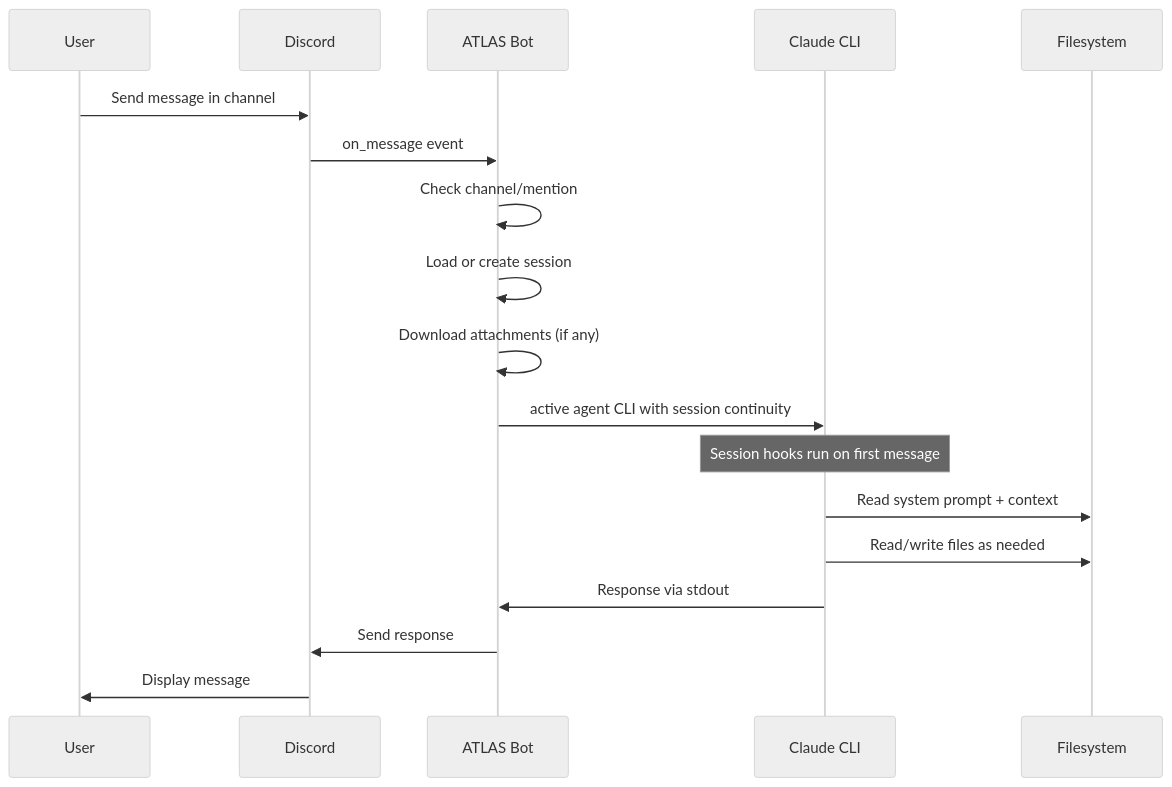
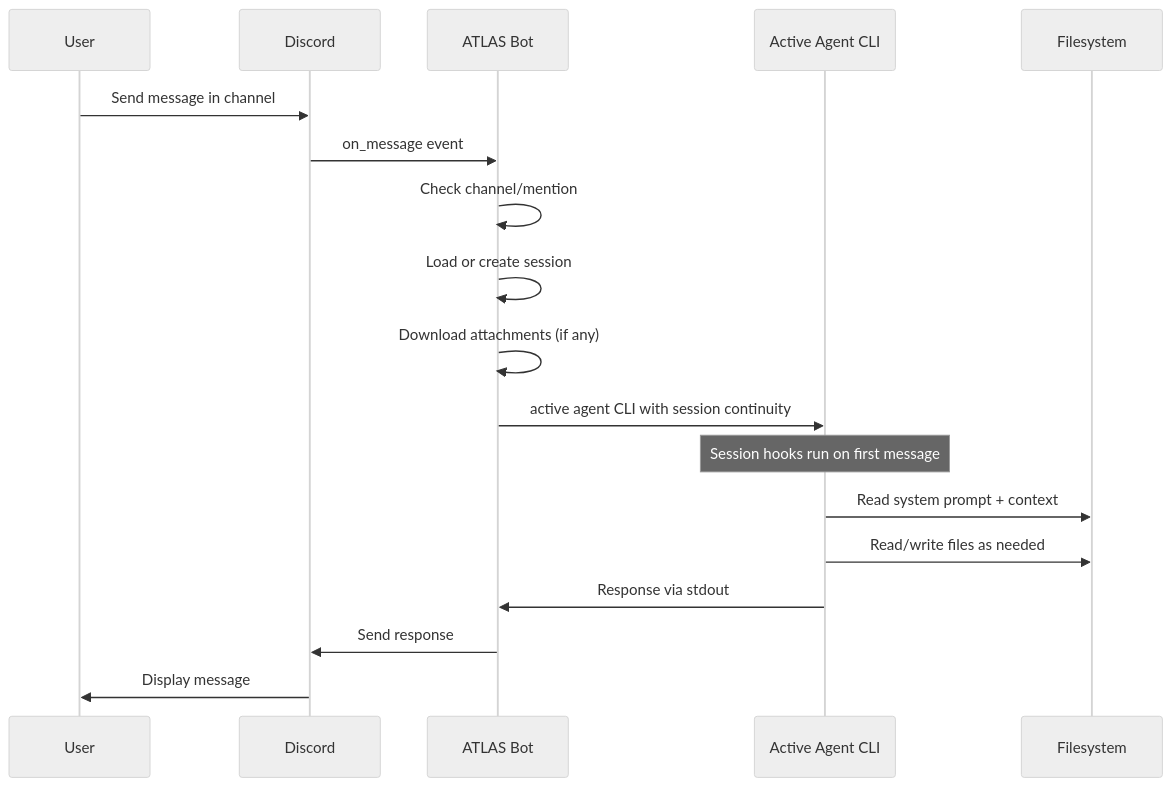
One commit to jamesmoon2/ATLAS-bot changed the second of 5 diagrams in README.md. Above: the diagram before and after it, drawn with Mermaid (neutral theme). The commit also changed other lines of this file and 3 other files, not shown here.

````diff
--- a/README.md
+++ b/README.md
@@ -72,22 +72,22 @@
 ```mermaid
 sequenceDiagram
     participant U as User
     participant D as Discord
     participant B as ATLAS Bot
-    participant C as Claude CLI
+    participant C as Active Agent CLI
     participant F as Filesystem
 
     U->>D: Send message in channel
     D->>B: on_message event
     B->>B: Check channel/mention
     B->>B: Load or create session
     B->>B: Download attachments (if any)
     B->>C: active agent CLI with session continuity
 
     Note over C: Session hooks run on first message
     C->>F: Read system prompt + context
     C->>F: Read/write files as needed
     C->>B: Response via stdout
     B->>D: Send response
     D->>U: Display message
 ```
````
